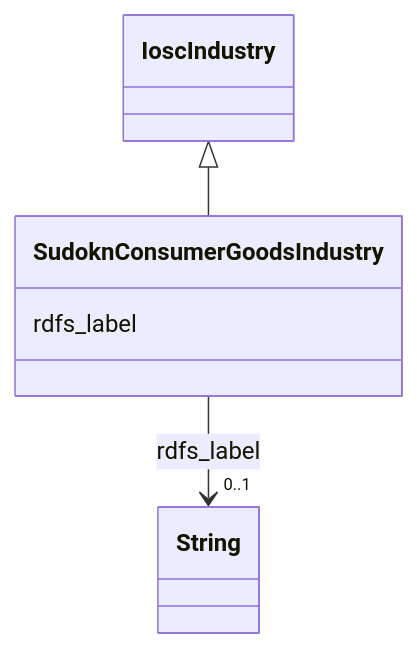
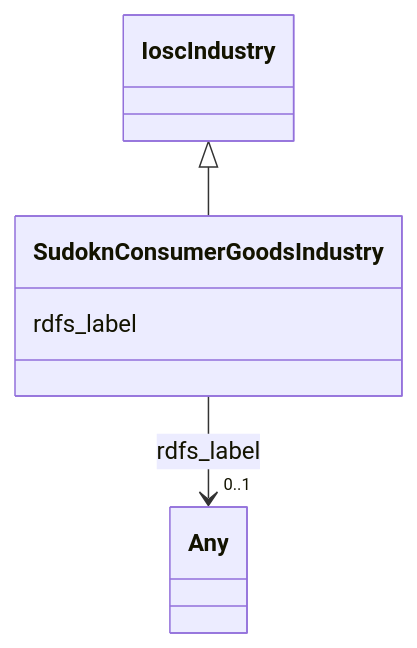
Before and after one commit to frink-okn/graph-descriptions: the diagram in sudokn-kg/classes/SudoknConsumerGoodsIndustry.md, drawn with Mermaid. The commit also changed other lines of this file and 903 other files, not shown here.

````diff
--- a/sudokn-kg/classes/SudoknConsumerGoodsIndustry.md
+++ b/sudokn-kg/classes/SudoknConsumerGoodsIndustry.md
@@ -23,18 +18,18 @@
 ```mermaid
  classDiagram
     class SudoknConsumerGoodsIndustry
     click SudoknConsumerGoodsIndustry href "../SudoknConsumerGoodsIndustry"
       IoscIndustry <|-- SudoknConsumerGoodsIndustry
         click IoscIndustry href "../IoscIndustry"
       
       SudoknConsumerGoodsIndustry : rdfs_label
         
           
     
     
-    SudoknConsumerGoodsIndustry --> "0..1" String : rdfs_label
-    click String href "../String"
+    SudoknConsumerGoodsIndustry --> "0..1" Any : rdfs_label
+    click Any href "../Any"
 
         
       
 ```
````
